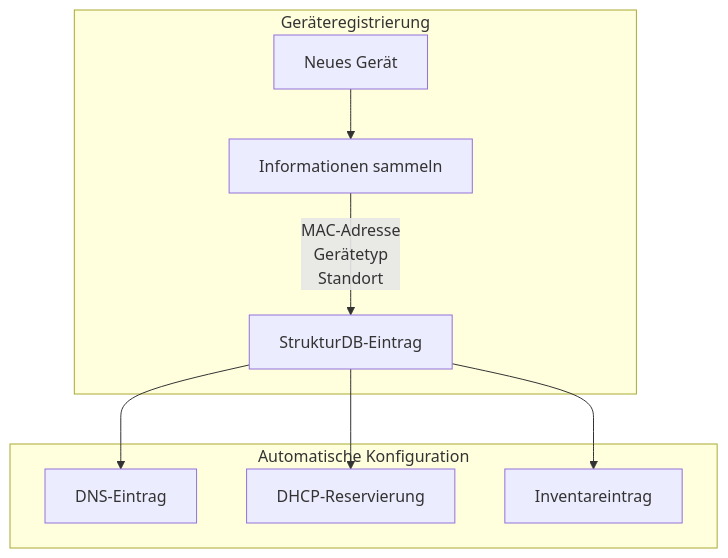
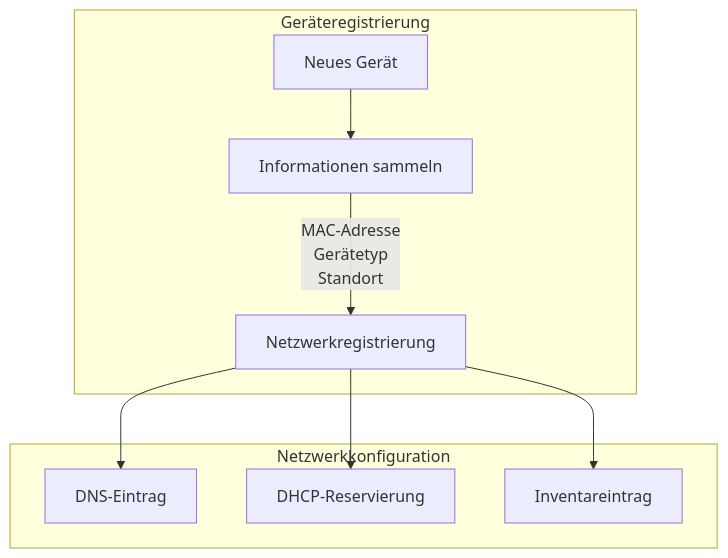
Before and after one commit to jtimo/tum-ito-admin-guide: the fourth of 6 diagrams in de/chapters/03-benutzerverwaltung.qmd, drawn with Mermaid. The commit also changed other lines of this file and 21 other files, not shown here.

````diff
--- a/de/chapters/03-benutzerverwaltung.qmd
+++ b/de/chapters/03-benutzerverwaltung.qmd
@@ -127,15 +118,15 @@
 ```{mermaid}
 %%| fig-cap: "Geräteregistrierungs-Workflow"
 flowchart TB
     subgraph Registration["Geräteregistrierung"]
         Device["Neues Gerät"]
         Device --> Info["Informationen sammeln"]
-        Info --> |MAC-Adresse<br/>Gerätetyp<br/>Standort| SDB["StrukturDB-Eintrag"]
+        Info --> |MAC-Adresse<br/>Gerätetyp<br/>Standort| Register["Netzwerkregistrierung"]
     end
 
-    subgraph Configuration["Automatische Konfiguration"]
-        SDB --> DNS["DNS-Eintrag"]
-        SDB --> DHCP["DHCP-Reservierung"]
-        SDB --> Inventory["Inventareintrag"]
+    subgraph Configuration["Netzwerkkonfiguration"]
+        Register --> DNS["DNS-Eintrag"]
+        Register --> DHCP["DHCP-Reservierung"]
+        Register --> Inventory["Inventareintrag"]
     end
 ```
````
